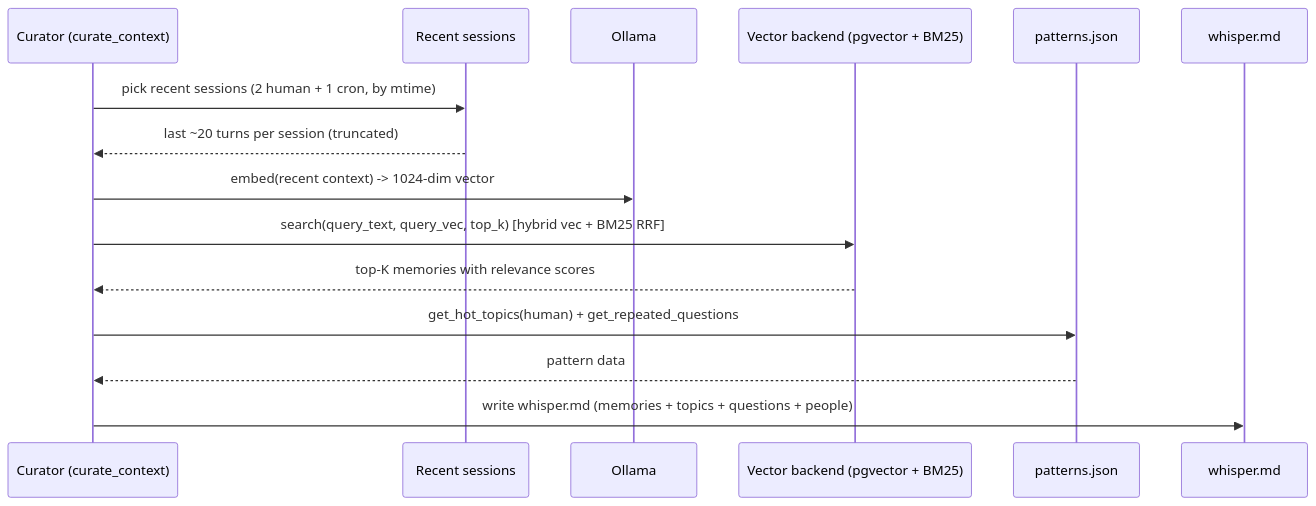
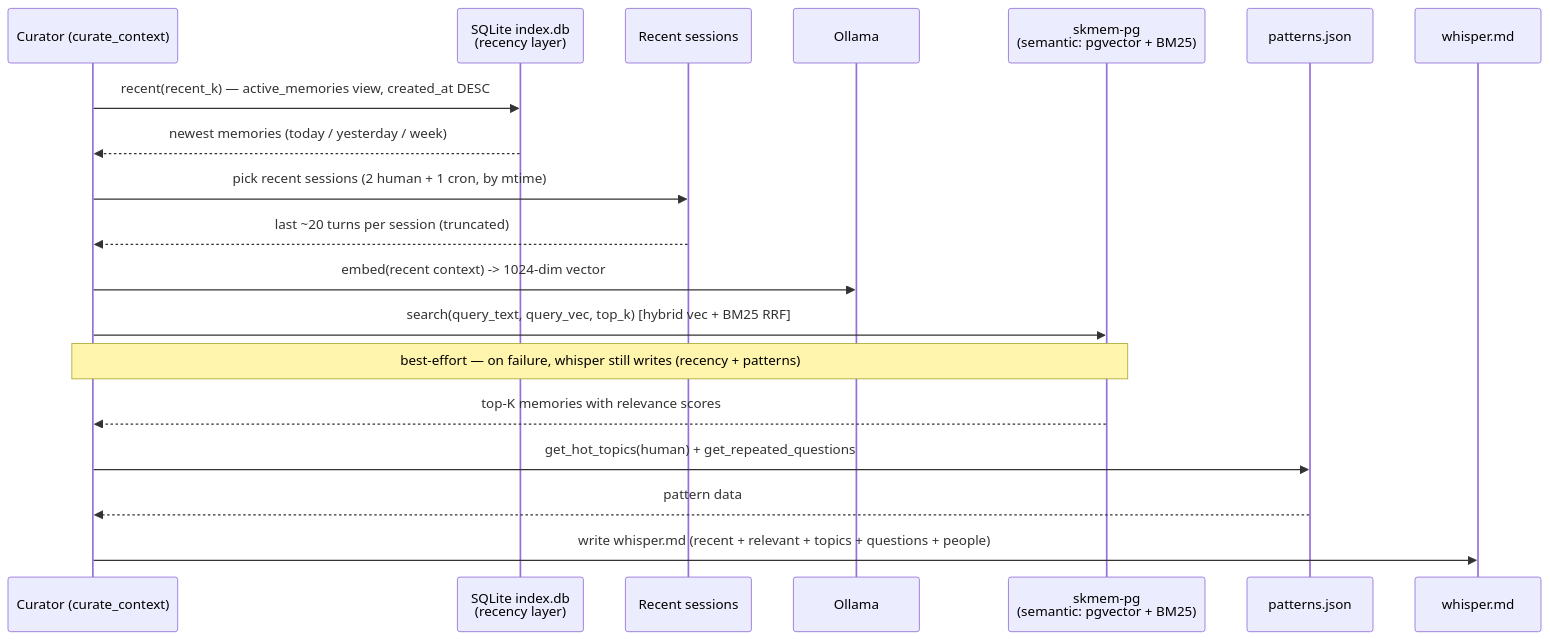
One commit to smilinTux/skwhisper changed the second of 5 diagrams in docs/ARCHITECTURE.md. Above: the diagram before and after it, drawn with Mermaid. The commit also changed other lines of this file and 4 other files, not shown here.

First line of the commit message:
feat(curator): dual-feed whisper — SQLite recency + skmem-pg semantic

````diff
--- a/docs/ARCHITECTURE.md
+++ b/docs/ARCHITECTURE.md
@@ -80,18 +85,22 @@
 ```mermaid
 sequenceDiagram
     participant C as Curator (curate_context)
+    participant Q as SQLite index.db<br/>(recency layer)
     participant S as Recent sessions
     participant O as Ollama
-    participant V as Vector backend (pgvector + BM25)
+    participant V as skmem-pg<br/>(semantic: pgvector + BM25)
     participant P as patterns.json
     participant F as whisper.md
 
+    C->>Q: recent(recent_k) — active_memories view, created_at DESC
+    Q-->>C: newest memories (today / yesterday / week)
     C->>S: pick recent sessions (2 human + 1 cron, by mtime)
     S-->>C: last ~20 turns per session (truncated)
     C->>O: embed(recent context) -> 1024-dim vector
     C->>V: search(query_text, query_vec, top_k) [hybrid vec + BM25 RRF]
+    Note over C,V: best-effort — on failure, whisper still writes (recency + patterns)
     V-->>C: top-K memories with relevance scores
     C->>P: get_hot_topics(human) + get_repeated_questions
     P-->>C: pattern data
-    C->>F: write whisper.md (memories + topics + questions + people)
+    C->>F: write whisper.md (recent + relevant + topics + questions + people)
 ```
````
